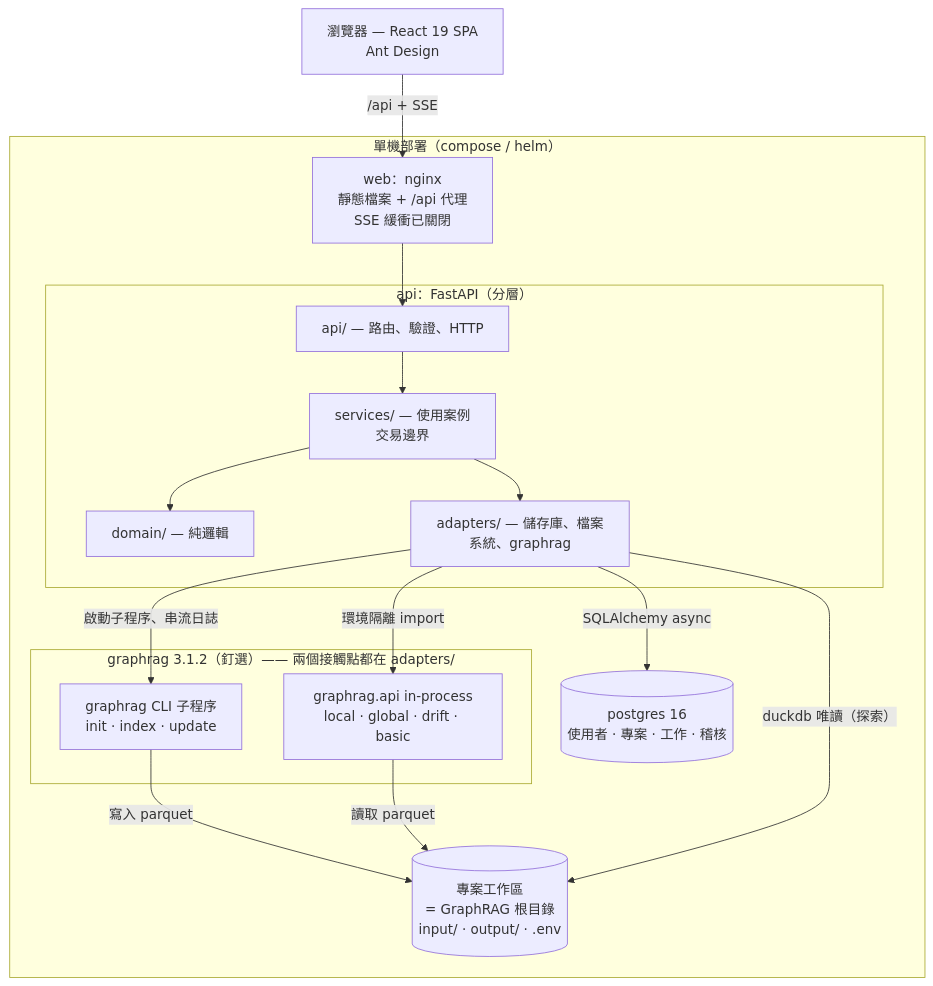
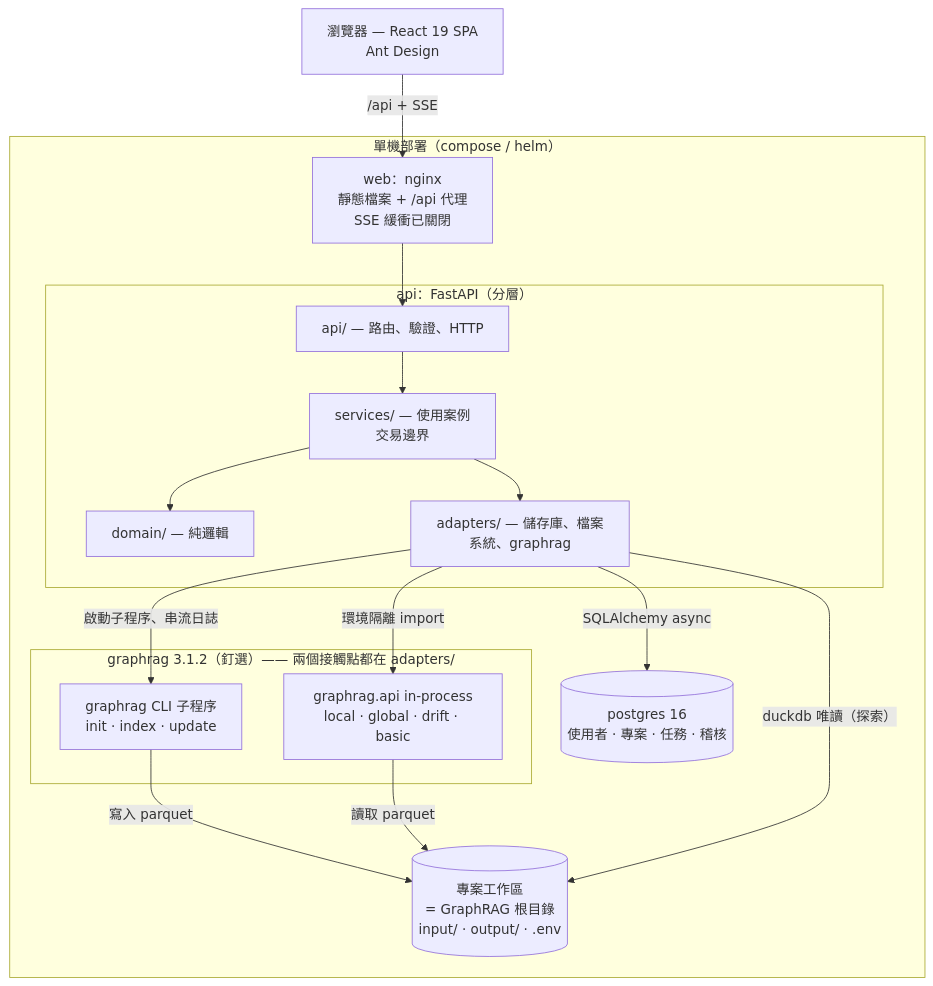
Before and after one commit to kehao-playground/graphrag-web-ui: the first of 3 diagrams in docs/zh-TW/README.md, drawn with Mermaid. The commit also changed other lines of this file and 4 other files, not shown here.

````diff
--- a/docs/zh-TW/README.md
+++ b/docs/zh-TW/README.md
@@ -44,25 +44,25 @@
 ```mermaid
 graph TB
     B["瀏覽器 — React 19 SPA<br/>Ant Design"] -->|"/api + SSE"| N
     subgraph stack["單機部署（compose / helm）"]
         N["web：nginx<br/>靜態檔案 + /api 代理<br/>SSE 緩衝已關閉"]
         subgraph API["api：FastAPI（分層）"]
             L1["api/ — 路由、驗證、HTTP"] --> L2["services/ — 使用案例<br/>交易邊界"]
             L2 --> L3["domain/ — 純邏輯"]
             L2 --> L4["adapters/ — 儲存庫、檔案系統、graphrag"]
         end
-        PG[("postgres 16<br/>使用者 · 專案 · 工作 · 稽核")]
+        PG[("postgres 16<br/>使用者 · 專案 · 任務 · 稽核")]
         subgraph GR["graphrag 3.1.2（釘選）—— 兩個接觸點都在 adapters/"]
             CLI["graphrag CLI 子程序<br/>init · index · update"]
             LIB["graphrag.api in-process<br/>local · global · drift · basic"]
         end
         WS[("專案工作區<br/>= GraphRAG 根目錄<br/>input/ · output/ · .env")]
     end
     N --> L1
     L4 -->|"SQLAlchemy async"| PG
     L4 -->|"啟動子程序、串流日誌"| CLI
     L4 -->|"環境隔離 import"| LIB
     CLI -->|"寫入 parquet"| WS
     LIB -->|"讀取 parquet"| WS
     L4 -->|"duckdb 唯讀（探索）"| WS
 ```
````
